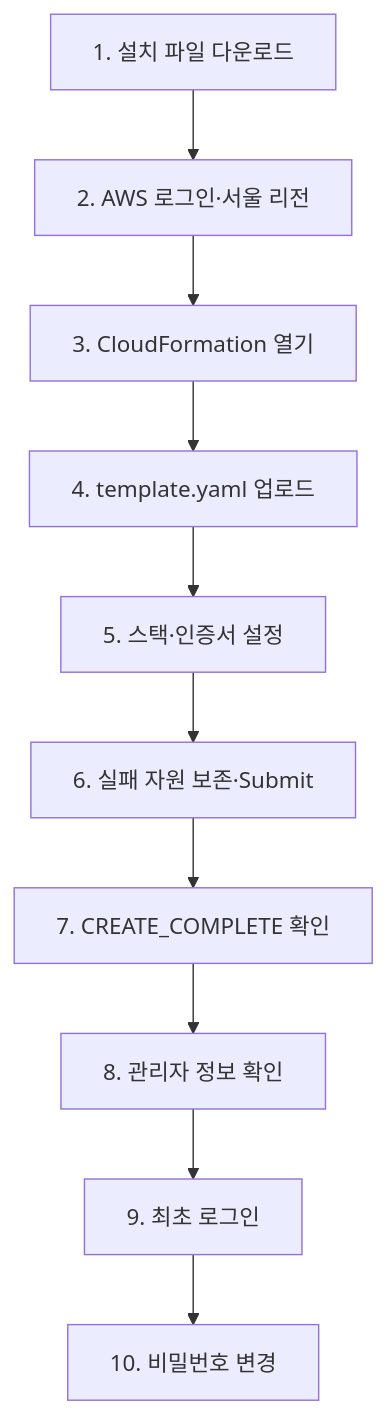
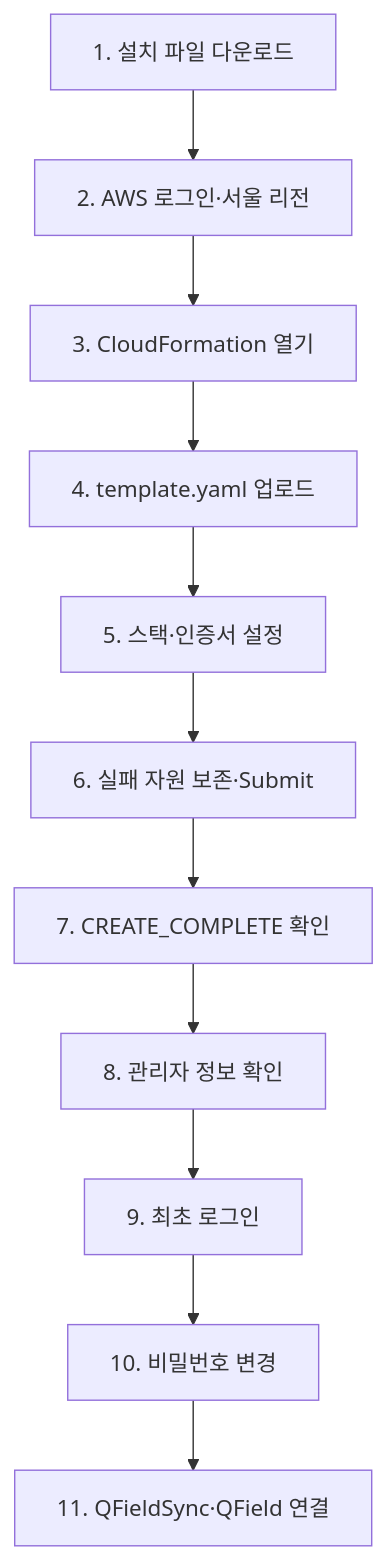
Before and after one commit to jusubkim94/qfieldcloud-self-hosting-for-arboreta: the diagram in README.md, drawn with Mermaid. The commit also changed other lines of this file and 2 other files, not shown here.

````diff
--- a/README.md
+++ b/README.md
@@ -19,12 +19,13 @@
 ```mermaid
 flowchart TD
     A[1. 설치 파일 다운로드] --> B[2. AWS 로그인·서울 리전]
     B --> C[3. CloudFormation 열기]
     C --> D[4. template.yaml 업로드]
     D --> E[5. 스택·인증서 설정]
     E --> F[6. 실패 자원 보존·Submit]
     F --> G[7. CREATE_COMPLETE 확인]
     G --> H[8. 관리자 정보 확인]
     H --> I[9. 최초 로그인]
     I --> J[10. 비밀번호 변경]
+    J --> K[11. QFieldSync·QField 연결]
 ```
````
